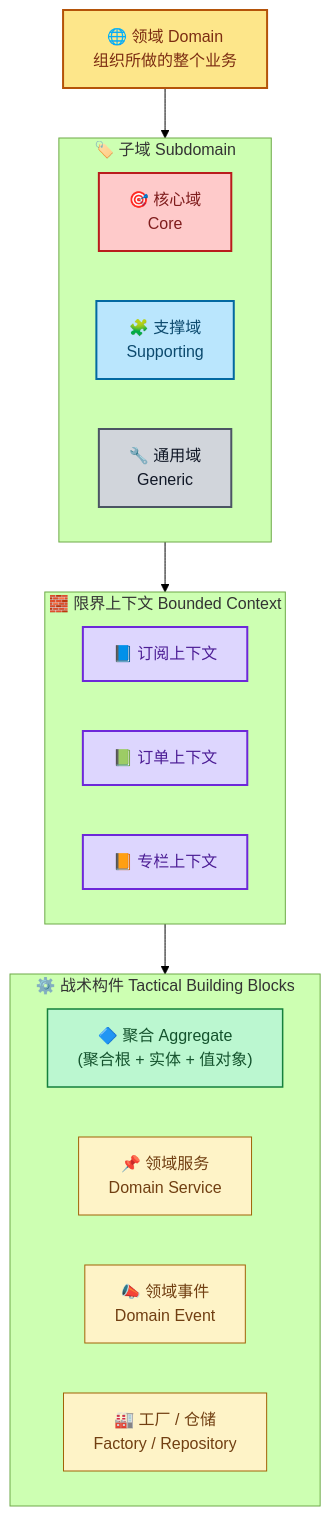
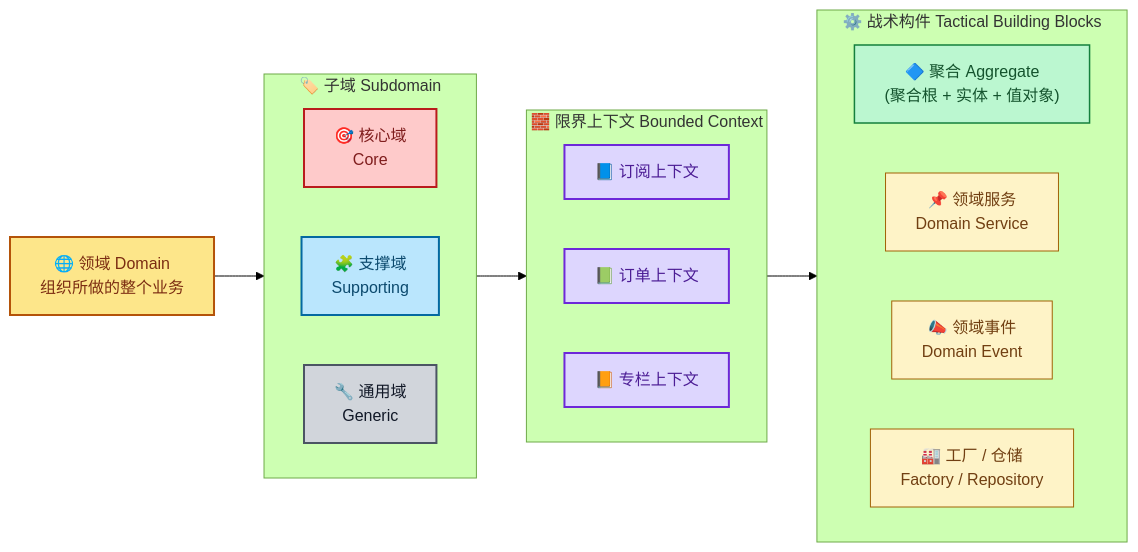
The second of 3 diagrams in domain-driven-design/README.md (microwind/ai-skills), drawn with Mermaid (forest theme) before and after one commit. The commit also changed other lines of this file and 32 other files, not shown here.

````diff
--- a/domain-driven-design/README.md
+++ b/domain-driven-design/README.md
@@ -13,38 +34,38 @@
 ```mermaid
-flowchart TB
+flowchart LR
     classDef domainCls fill:#fde68a,stroke:#b45309,stroke-width:2px,color:#7c2d12
     classDef coreCls fill:#fecaca,stroke:#b91c1c,stroke-width:2px,color:#7f1d1d
     classDef supportCls fill:#bae6fd,stroke:#0369a1,stroke-width:2px,color:#0c4a6e
     classDef genericCls fill:#d1d5db,stroke:#4b5563,stroke-width:2px,color:#111827
     classDef bcCls fill:#ddd6fe,stroke:#6d28d9,stroke-width:2px,color:#4c1d95
     classDef aggCls fill:#bbf7d0,stroke:#15803d,stroke-width:1.5px,color:#14532d
     classDef tacticCls fill:#fef3c7,stroke:#a16207,stroke-width:1px,color:#713f12
 
     D["🌐 领域 Domain<br/>组织所做的整个业务"]:::domainCls
 
     subgraph S1["🏷️ 子域 Subdomain"]
         direction LR
         C["🎯 核心域<br/>Core"]:::coreCls
         SP["🧩 支撑域<br/>Supporting"]:::supportCls
         G["🔧 通用域<br/>Generic"]:::genericCls
     end
 
     subgraph S2["🧱 限界上下文 Bounded Context"]
         direction LR
         BC1["📘 订阅上下文"]:::bcCls
         BC2["📗 订单上下文"]:::bcCls
         BC3["📙 专栏上下文"]:::bcCls
     end
 
     subgraph S3["⚙️ 战术构件 Tactical Building Blocks"]
         direction LR
         AGG["🔷 聚合 Aggregate<br/>(聚合根 + 实体 + 值对象)"]:::aggCls
         SVC["📌 领域服务<br/>Domain Service"]:::tacticCls
         EVT["📣 领域事件<br/>Domain Event"]:::tacticCls
         FAC["🏭 工厂 / 仓储<br/>Factory / Repository"]:::tacticCls
     end
 
     D --> S1
     S1 --> S2
     S2 --> S3
 ```
````
